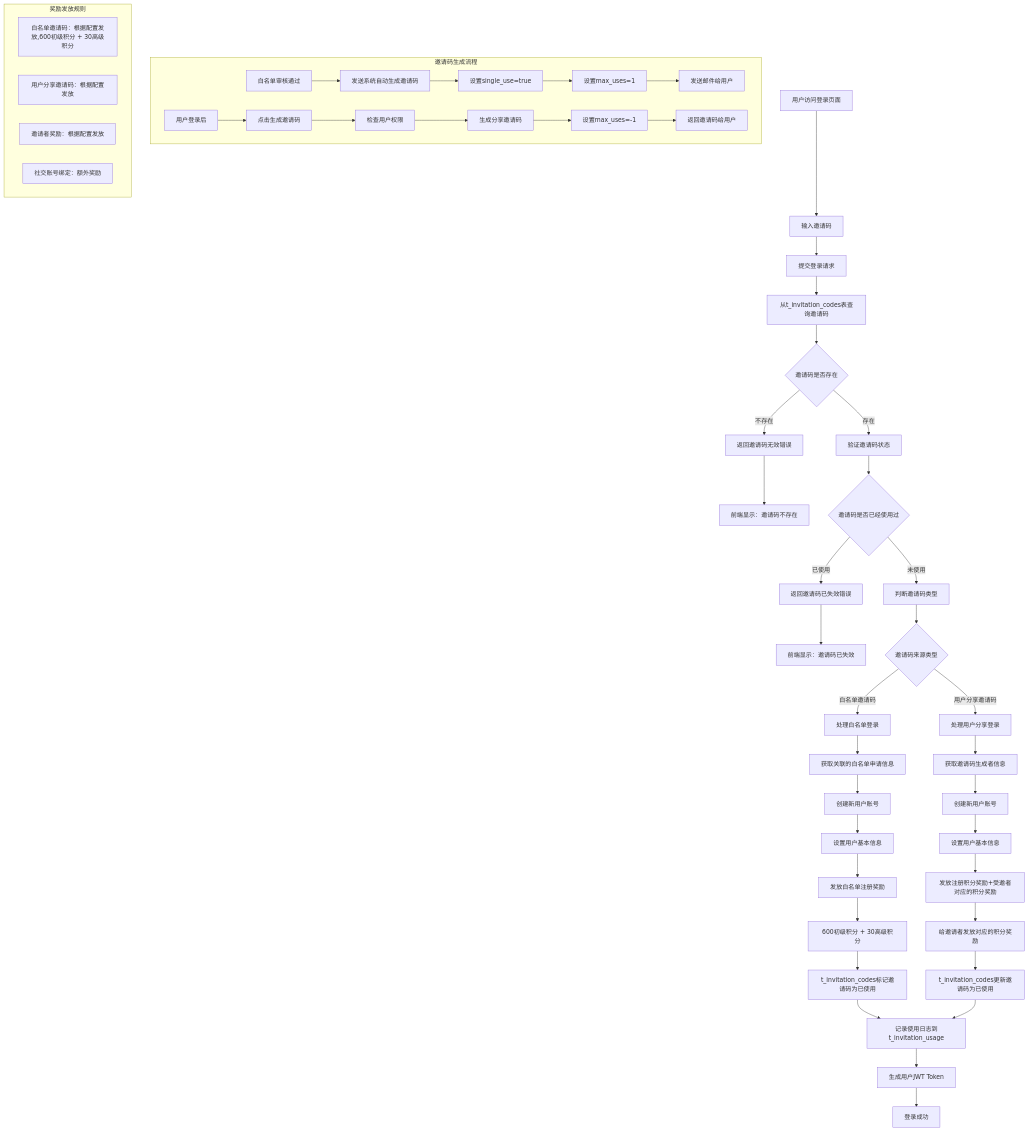
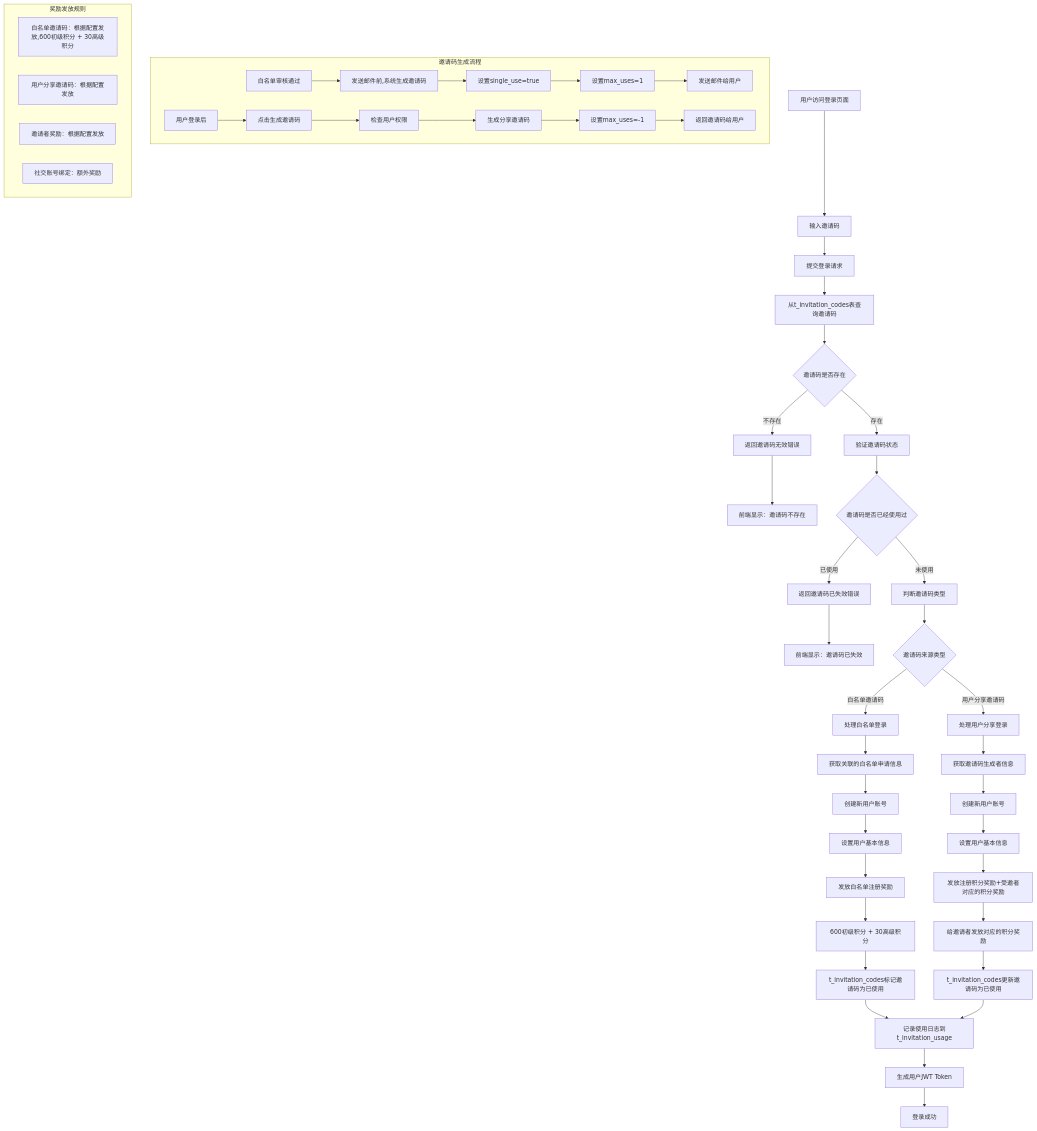
The diagram in all/未命名-71.md (yingjianzh/iodraw-files), drawn with Mermaid before and after one commit.

Commit message:
2025-07-03 14:09:12 update

````diff
--- a/all/未命名-71.md
+++ b/all/未命名-71.md
@@ -1,60 +1,60 @@
 ```mermaid
 flowchart TD
     A[用户访问登录页面] --> B[输入邀请码]
     B --> E[提交登录请求]
     E --> H[从t_invitation_codes表查询邀请码]
     H --> I{邀请码是否存在}
     I -->|不存在| J[返回邀请码无效错误]
     J --> K[前端显示：邀请码不存在]
     
     I -->|存在| L[验证邀请码状态]
     L --> M{邀请码是否已经使用过}
     M -->|已使用| N[返回邀请码已失效错误]
     N --> O[前端显示：邀请码已失效]
     
     M -->|未使用| X[判断邀请码类型]
     X --> Y{邀请码来源类型}
     
     Y -->|白名单邀请码| Z[处理白名单登录]
     Z --> Z1[获取关联的白名单申请信息]
     Z1 --> Z2[创建新用户账号]
     Z2 --> Z3[设置用户基本信息]
     Z3 --> Z4[发放白名单注册奖励]
     Z4 --> Z5[600初级积分 + 30高级积分]
     Z5 --> Z6[t_invitation_codes标记邀请码为已使用]
     Z6 --> AA[记录使用日志到t_invitation_usage]
     
     Y -->|用户分享邀请码| BB[处理用户分享登录]
     BB --> BB1[获取邀请码生成者信息]
     BB1 --> BB2[创建新用户账号]
     BB2 --> BB3[设置用户基本信息]
     BB3 --> BB4[发放注册积分奖励+受邀者对应的积分奖励]
     BB4 --> BB5[给邀请者发放对应的积分奖励]
     BB5 --> BB6[t_invitation_codes更新邀请码为已使用]
     BB6 --> AA
     
     AA --> CC[生成用户JWT Token]
     CC --> DD[登录成功]
     
 
     subgraph "邀请码生成流程"
-        IG1[白名单审核通过] --> IG2[发送系统自动生成邀请码]
+        IG1[白名单审核通过] --> IG2[发送邮件前,系统生成邀请码]
         IG2 --> IG3[设置single_use=true]
         IG3 --> IG4[设置max_uses=1]
         IG4 --> IG5[发送邮件给用户]
         
         UG1[用户登录后] --> UG2[点击生成邀请码]
         UG2 --> UG3[检查用户权限]
         UG3 --> UG4[生成分享邀请码]
         UG4 --> UG5[设置max_uses=-1]
         UG5 --> UG6[返回邀请码给用户]
     end
     
     subgraph "奖励发放规则"
         R1[白名单邀请码：根据配置发放,600初级积分 + 30高级积分]
         R2[用户分享邀请码：根据配置发放]
         R3[邀请者奖励：根据配置发放]
         R4[社交账号绑定：额外奖励]
     end
   
 ```
````
